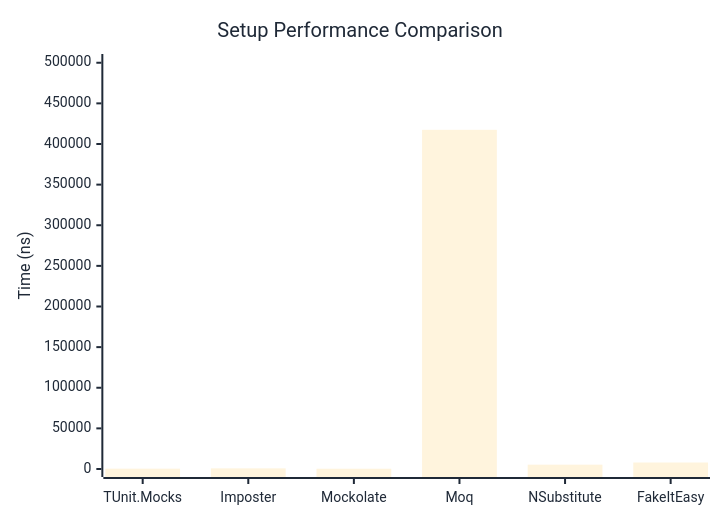
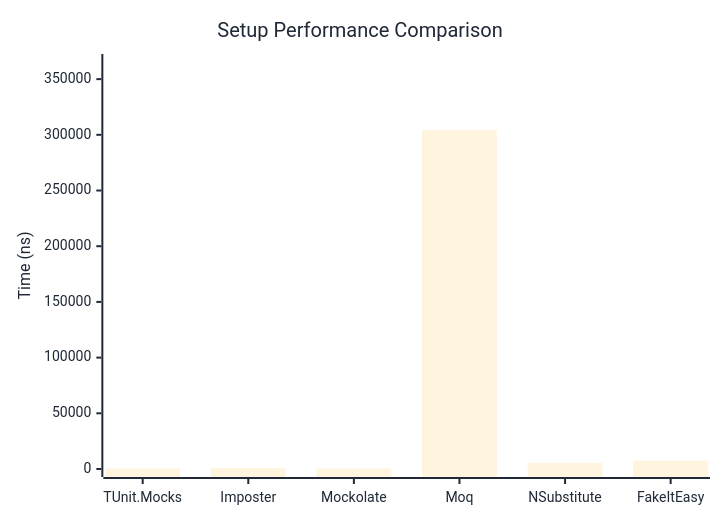
Before and after one commit to thomhurst/TUnit: the first of 2 diagrams in docs/docs/benchmarks/mocks/Setup.md, drawn with Mermaid. The commit also changed other lines of this file and 14 other files, not shown here.

````diff
--- a/docs/docs/benchmarks/mocks/Setup.md
+++ b/docs/docs/benchmarks/mocks/Setup.md
@@ -28,27 +28,27 @@
 ```mermaid
 %%{init: {
   'theme':'base',
   'themeVariables': {
     'primaryColor': '#2563eb',
     'primaryTextColor': '#1f2937',
     'primaryBorderColor': '#1e40af',
     'lineColor': '#6b7280',
     'secondaryColor': '#7c3aed',
     'tertiaryColor': '#dc2626',
     'background': '#ffffff',
     'pie1': '#2563eb',
     'pie2': '#7c3aed',
     'pie3': '#dc2626',
     'pie4': '#f59e0b',
     'pie5': '#10b981',
     'pie6': '#06b6d4',
     'pie7': '#ec4899',
     'pie8': '#6366f1'
   }
 }}%%
 xychart-beta
   title "Setup Performance Comparison"
   x-axis ["TUnit.Mocks", "Imposter", "Mockolate", "Moq", "NSubstitute", "FakeItEasy"]
-  y-axis "Time (ns)" 0 --> 500916
-  bar [415.6, 780.7, 331.7, 417430, 5338.7, 7984.6]
+  y-axis "Time (ns)" 0 --> 365370
+  bar [478.4, 889.8, 374.7, 304474.6, 5426.6, 7549.8]
 ```
````
